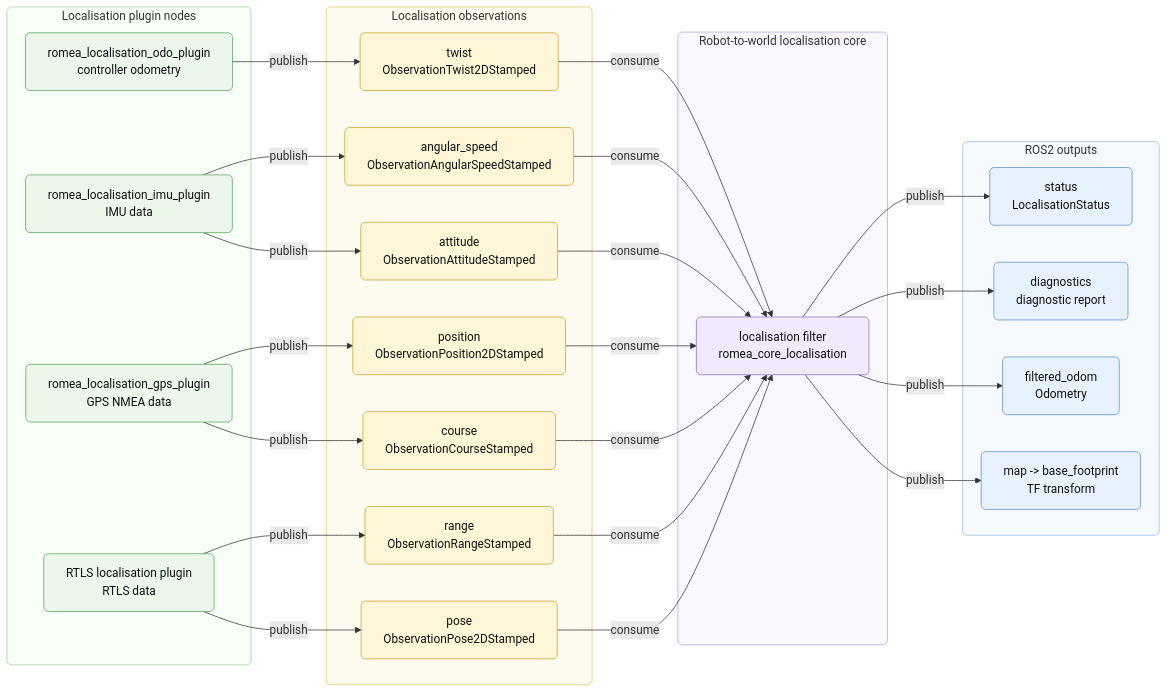
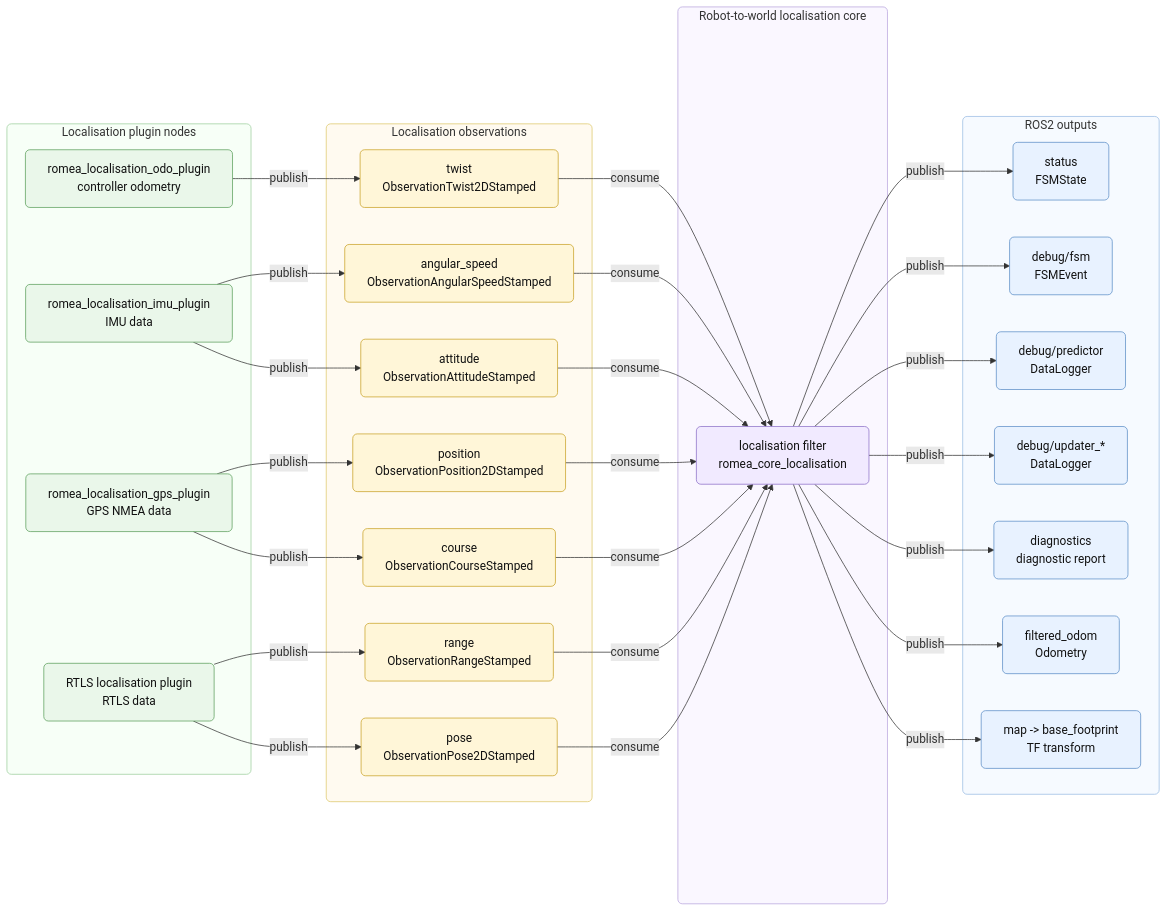
The diagram in README.md (Romea/romea-ros2-robot-to-world-localisation-core), drawn with Mermaid before and after one commit. The commit also changed other lines of this file and 3 other files, not shown here.

Commit message:
update node in order to publish fms events

````diff
--- a/README.md
+++ b/README.md
@@ -17,66 +17,72 @@
 ```mermaid
 flowchart LR
   subgraph plugins["Localisation plugin nodes"]
     odo_plugin["romea_localisation_odo_plugin<br/>controller odometry"]
     imu_plugin["romea_localisation_imu_plugin<br/>IMU data"]
     gps_plugin["romea_localisation_gps_plugin<br/>GPS NMEA data"]
     rtls_plugin["RTLS localisation plugin<br/>RTLS data"]
   end
 
   subgraph observation_inputs["Localisation observations"]
     twist["twist<br/>ObservationTwist2DStamped"]
     angular_speed["angular_speed<br/>ObservationAngularSpeedStamped"]
     attitude["attitude<br/>ObservationAttitudeStamped"]
     position["position<br/>ObservationPosition2DStamped"]
     course["course<br/>ObservationCourseStamped"]
     range["range<br/>ObservationRangeStamped"]
     pose["pose<br/>ObservationPose2DStamped"]
   end
 
   subgraph localisation_core["Robot-to-world localisation core"]
     filter["localisation filter<br/>romea_core_localisation"]
   end
 
   subgraph outputs["ROS2 outputs"]
-    status["status<br/>LocalisationStatus"]
+    status["status<br/>FSMState"]
+    fsm_events["debug/fsm<br>FSMEvent"]
+    predictor_debug["debug/predictor<br>DataLogger"]
+    updater_debug["debug/updater_*<br>DataLogger"]
     diagnostics["diagnostics<br/>diagnostic report"]
     filtered_odom["filtered_odom<br/>Odometry"]
     tf["map -> base_footprint<br/>TF transform"]
   end
 
   odo_plugin -->|publish| twist
   imu_plugin -->|publish| angular_speed
   imu_plugin -->|publish| attitude
   gps_plugin -->|publish| position
   gps_plugin -->|publish| course
   rtls_plugin -->|publish| range
   rtls_plugin -->|publish| pose
 
   twist -->|consume| filter
   angular_speed -->|consume| filter
   attitude -->|consume| filter
   position -->|consume| filter
   course -->|consume| filter
   range -->|consume| filter
   pose -->|consume| filter
 
   filter -->|publish| status
+  filter -->|publish| fsm_events
+  filter -->|publish| predictor_debug
+  filter -->|publish| updater_debug
   filter -->|publish| diagnostics
   filter -->|publish| filtered_odom
   filter -->|publish| tf
 
   classDef pluginStyle fill:#eaf7ea,stroke:#5c9f5c,color:#111,rx:6,ry:6
   classDef obs fill:#fff6d8,stroke:#c9a227,color:#111,rx:6,ry:6
   classDef coreStyle fill:#f1eaff,stroke:#8b6fc6,color:#111,rx:6,ry:6
   classDef ros2 fill:#e8f2ff,stroke:#5b8ec7,color:#111,rx:6,ry:6
 
   class odo_plugin,imu_plugin,gps_plugin,rtls_plugin pluginStyle
   class twist,angular_speed,attitude,position,course,range,pose obs
   class filter coreStyle
-  class status,diagnostics,filtered_odom,tf ros2
+  class status,fsm_events,predictor_debug,updater_debug,diagnostics,filtered_odom,tf ros2
 
   style plugins fill:#f7fff7,stroke:#9ecf9e,rx:6,ry:6
   style observation_inputs fill:#fffaf0,stroke:#dec86b,rx:6,ry:6
   style localisation_core fill:#faf7ff,stroke:#b8a4dd,rx:6,ry:6
   style outputs fill:#f6faff,stroke:#9abbe3,rx:6,ry:6
 ```
````
